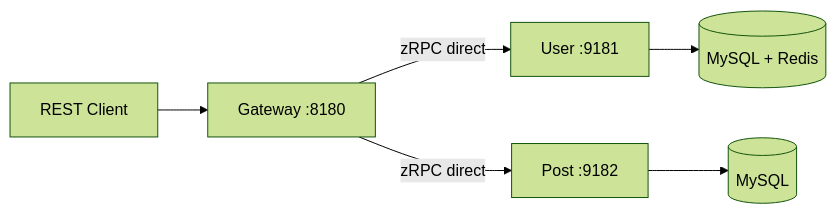
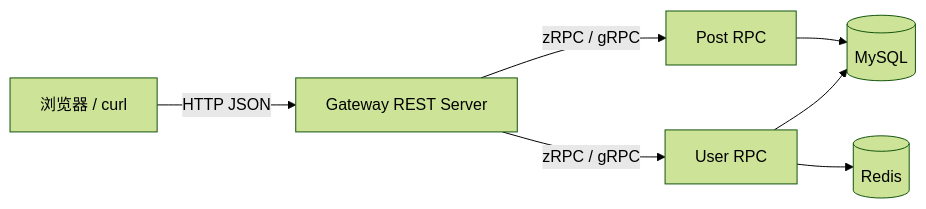
Before and after one commit to zzxrepository/gocode: the first of 4 diagrams in src/backend/go/frameworks-and-ecosystem/03-microservice-frameworks/02-go-zero.md, drawn with Mermaid (forest theme). The commit also changed other lines of this file and 1 other file, not shown here.

````diff
--- a/src/backend/go/frameworks-and-ecosystem/03-microservice-frameworks/02-go-zero.md
+++ b/src/backend/go/frameworks-and-ecosystem/03-microservice-frameworks/02-go-zero.md
@@ -30,8 +41,9 @@
-~~~mermaid
+```mermaid
 flowchart LR
-    C[REST Client] --> G[Gateway :8180]
-    G -->|zRPC direct| U[User :9181]
-    G -->|zRPC direct| P[Post :9182]
-    U --> UM[(MySQL + Redis)]
-    P --> PM[(MySQL)]
-~~~
+    C[浏览器 / curl] -->|HTTP JSON| G[Gateway REST Server]
+    G -->|zRPC / gRPC| U[User RPC]
+    G -->|zRPC / gRPC| P[Post RPC]
+    U --> M[(MySQL)]
+    U --> R[(Redis)]
+    P --> M
+```
````
